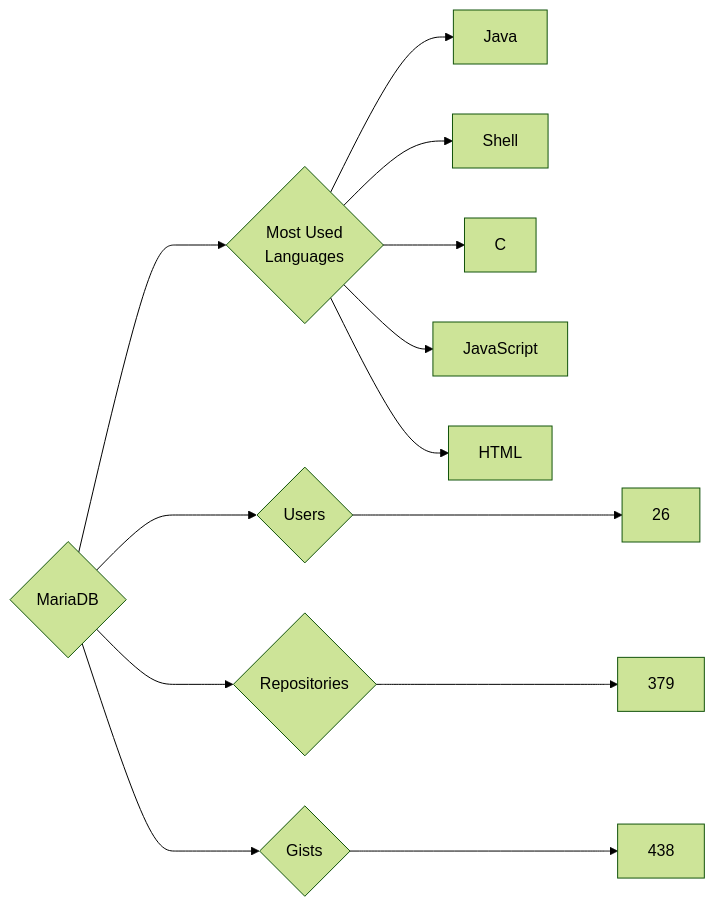
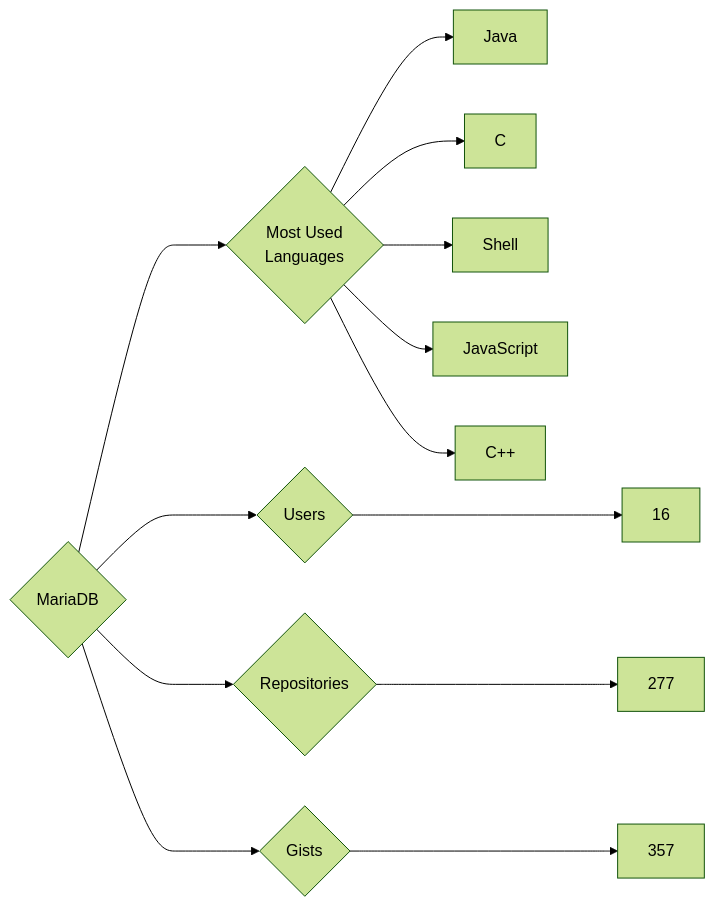
The diagram in targets/MariaDB/README.md (trickest/insiders), drawn with Mermaid (forest theme) before and after one commit. The commit also changed 871 other files, not shown here.

````diff
--- a/targets/MariaDB/README.md
+++ b/targets/MariaDB/README.md
@@ -3,13 +3,13 @@
 ```mermaid
 graph LR
 COMPANY_NAME{MariaDB}
-COMPANY_NAME ---> U{Users} ---> UN[26]
-COMPANY_NAME ---> R{Repositories} ---> RN[379]
-COMPANY_NAME ---> G{Gists} ---> GN[438]
+COMPANY_NAME ---> U{Users} ---> UN[16]
+COMPANY_NAME ---> R{Repositories} ---> RN[277]
+COMPANY_NAME ---> G{Gists} ---> GN[357]
 COMPANY_NAME ---> ML{Most Used<br>Languages}
 ML --> Java[Java]
+ML --> C[C]
 ML --> Shell[Shell]
-ML --> C[C]
 ML --> JavaScript[JavaScript]
-ML --> HTML[HTML]
+ML --> C++[C++]
 ```
````
